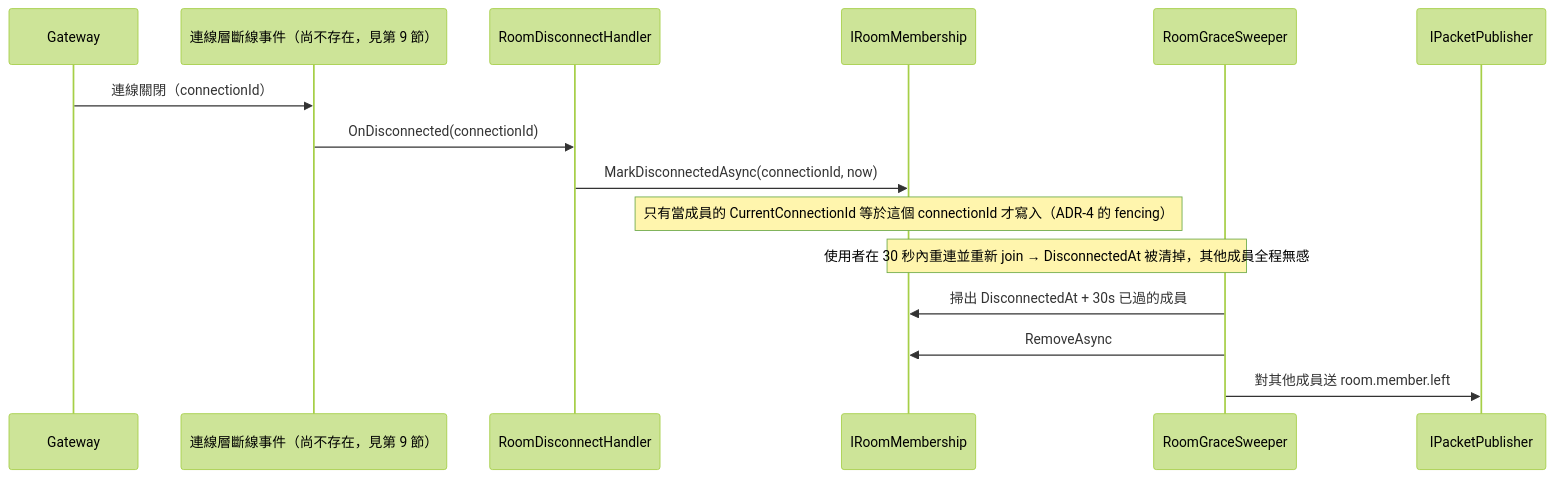
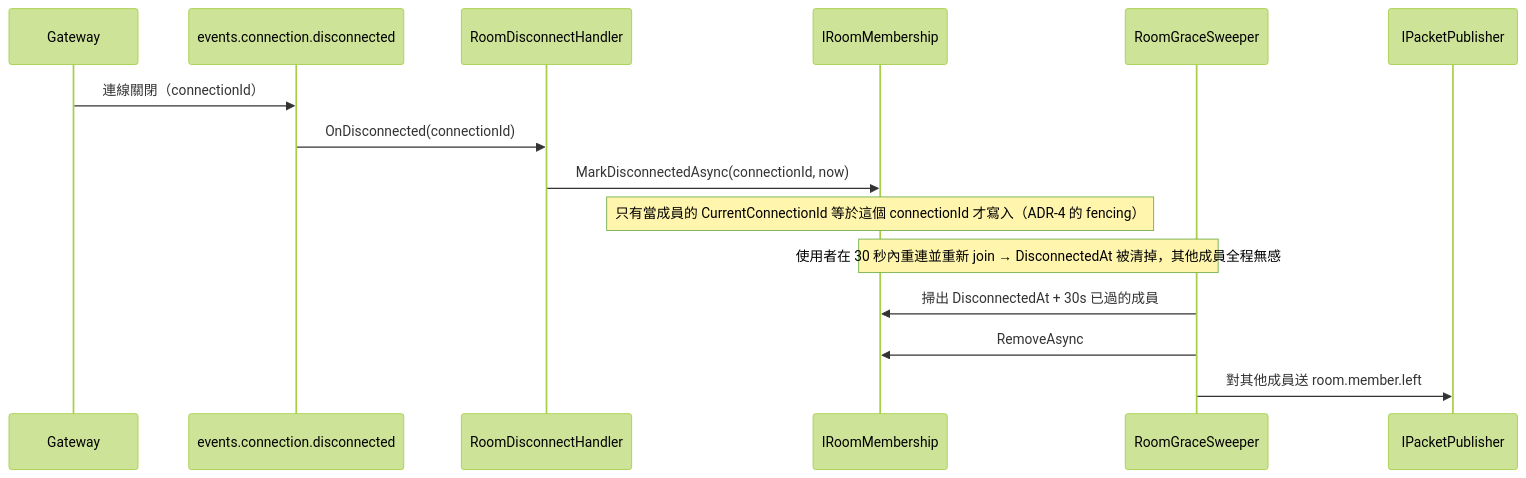
One commit to yggdrasill-dev/ChatSystem changed the fourth of 5 diagrams in docs/architecture/room-layer.md. Above: the diagram before and after it, drawn with Mermaid (forest theme). The commit also changed other lines of this file and 12 other files, not shown here.

````diff
--- a/docs/architecture/room-layer.md
+++ b/docs/architecture/room-layer.md
@@ -126,20 +126,20 @@
 ```mermaid
 sequenceDiagram
     participant GW as Gateway
-    participant EV as 連線層斷線事件（尚不存在，見第 9 節）
+    participant EV as events.connection.disconnected
     participant H as RoomDisconnectHandler
     participant MS as IRoomMembership
     participant SW as RoomGraceSweeper
     participant PP as IPacketPublisher
 
     GW->>EV: 連線關閉（connectionId）
     EV->>H: OnDisconnected(connectionId)
     H->>MS: MarkDisconnectedAsync(connectionId, now)
     Note over MS: 只有當成員的 CurrentConnectionId 等於這個 connectionId 才寫入（ADR-4 的 fencing）
 
     Note over MS,SW: 使用者在 30 秒內重連並重新 join → DisconnectedAt 被清掉，其他成員全程無感
 
     SW->>MS: 掃出 DisconnectedAt + 30s 已過的成員
     SW->>MS: RemoveAsync
     SW->>PP: 對其他成員送 room.member.left
 ```
````
